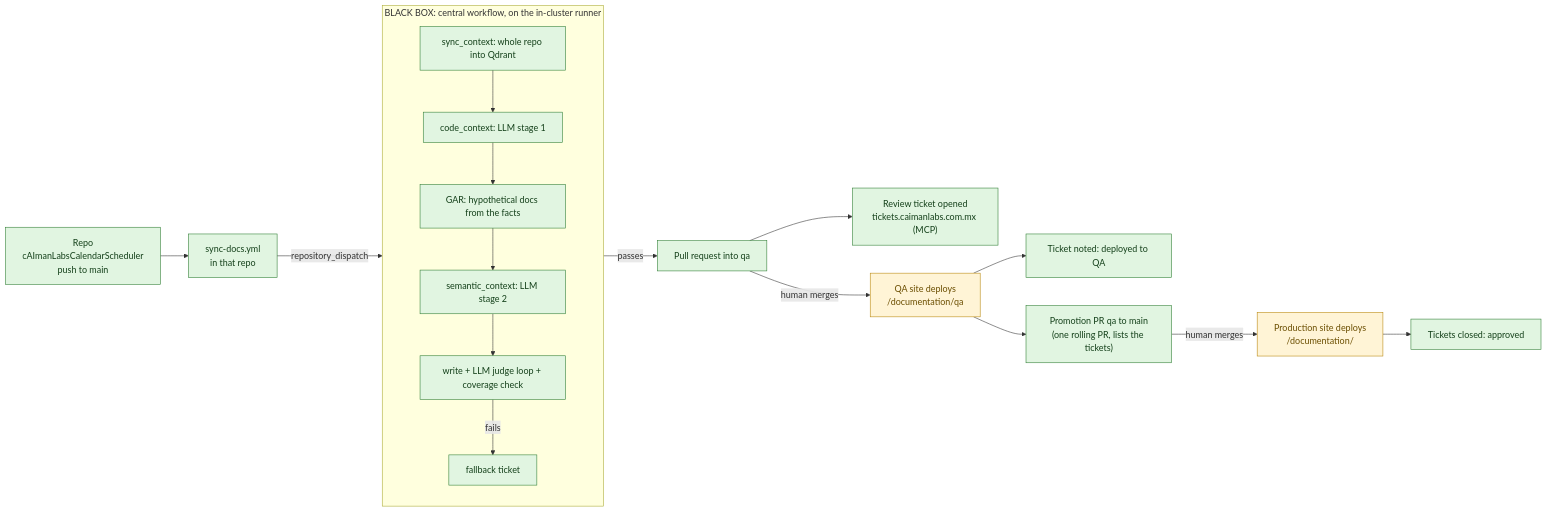
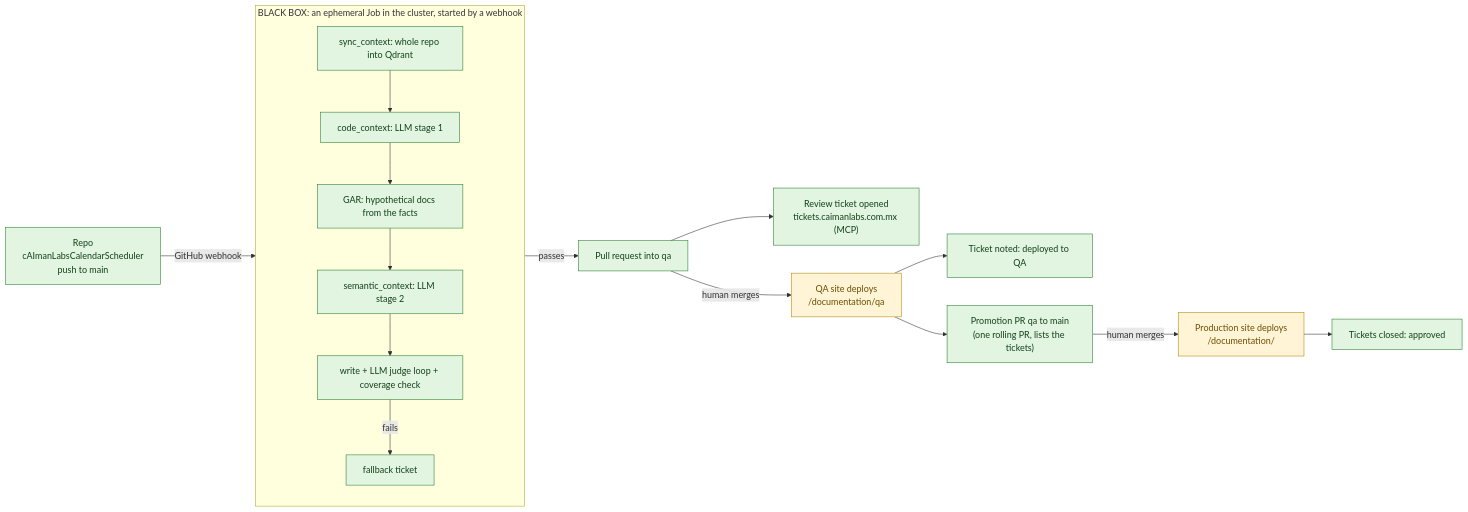
The diagram in docs/INTEGRATE-A-REPO.md (rubenalejandrocalderoncorona/ai-multisync-tool), drawn with Mermaid before and after one commit. The commit also changed other lines of this file and 18 other files, not shown here.

First line of the commit message:
feat: webhook receiver launches ephemeral Jobs, retire the standing runner

````diff
--- a/docs/INTEGRATE-A-REPO.md
+++ b/docs/INTEGRATE-A-REPO.md
@@ -8,28 +8,27 @@
 ```mermaid
 flowchart LR
-  R["Repo<br/>cAImanLabsCalendarScheduler<br/>push to main"] --> SW["sync-docs.yml<br/>in that repo"]
-  SW -->|"repository_dispatch"| BB
+  R["Repo<br/>cAImanLabsCalendarScheduler<br/>push to main"] -->|"GitHub webhook"| BB
 
-  subgraph BB["BLACK BOX: central workflow, on the in-cluster runner"]
+  subgraph BB["BLACK BOX: an ephemeral Job in the cluster, started by a webhook"]
     direction TB
     B1["sync_context: whole repo into Qdrant"] --> B2["code_context: LLM stage 1"]
     B2 --> B3["GAR: hypothetical docs from the facts"]
     B3 --> B4["semantic_context: LLM stage 2"]
     B4 --> B5["write + LLM judge loop + coverage check"]
     B5 -->|"fails"| B6["fallback ticket"]
   end
 
   BB -->|"passes"| PR["Pull request into qa"]
   PR --> T1["Review ticket opened<br/>tickets.caimanlabs.com.mx (MCP)"]
   PR -->|"human merges"| QA["QA site deploys<br/>/documentation/qa"]
   QA --> T2["Ticket noted: deployed to QA"]
   QA --> PP["Promotion PR qa to main<br/>(one rolling PR, lists the tickets)"]
   PP -->|"human merges"| PROD["Production site deploys<br/>/documentation/"]
   PROD --> T3["Tickets closed: approved"]
 
   classDef have fill:#e1f5e1,stroke:#2e7d32,color:#14401a;
   classDef partial fill:#fff4d6,stroke:#b8860b,color:#6b4e00;
   classDef missing fill:#fde2e2,stroke:#c0392b,color:#7b1d12;
   class R,SW,B1,B2,B3,B4,B5,B6,PR,T1,T2,T3,PP have;
   class QA,PROD partial;
 ```
````
